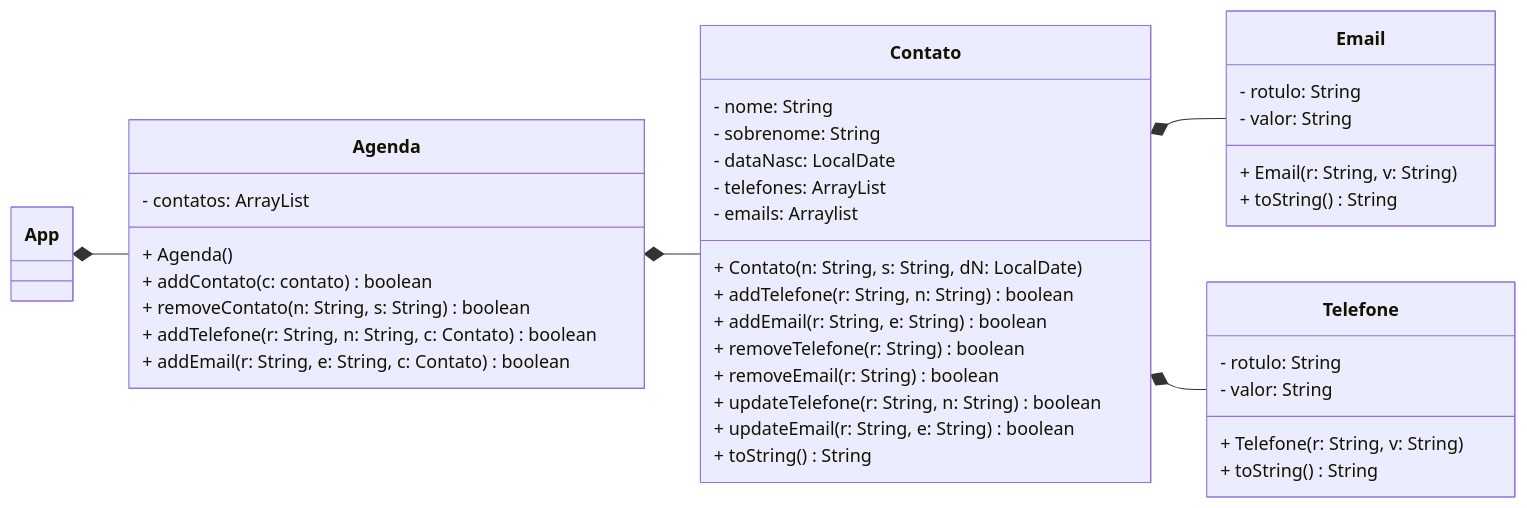
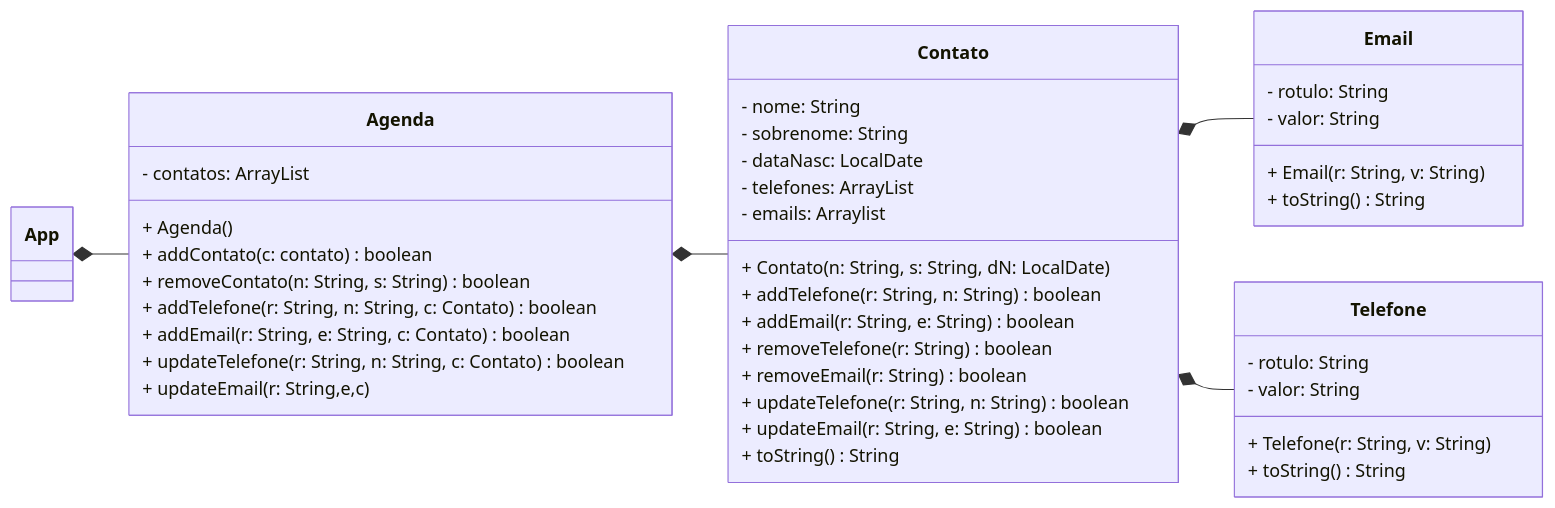
Before and after one commit to williansantfer/POO: the diagram in aula-15/Readme.md, drawn with Mermaid. The commit also changed 7 other files, not shown here.

````diff
--- a/aula-15/Readme.md
+++ b/aula-15/Readme.md
@@ -3,64 +3,66 @@
 ```mermaid
 
 classDiagram
     
     direction LR
 
 class App {
     
 }
 
 class Agenda {
     - contatos: ArrayList<Contato>
     
     + Agenda()
     + addContato(c: contato) boolean
     + removeContato(n: String, s: String) boolean
     + addTelefone(r: String, n: String, c: Contato) boolean
     + addEmail(r: String, e: String, c: Contato) boolean
+    + updateTelefone(r: String, n: String, c: Contato) boolean
+    + updateEmail(r: String,e,c)
     
 }
 
 class Contato {
     - nome: String
     - sobrenome: String
     - dataNasc: LocalDate
     - telefones: ArrayList<Telefone>
     - emails: Arraylist<Email>
     
     + Contato(n: String, s: String, dN: LocalDate)
     + addTelefone(r: String, n: String) boolean
     + addEmail(r: String, e: String) boolean
     + removeTelefone(r: String) boolean
     + removeEmail(r: String) boolean
     + updateTelefone(r: String, n: String) boolean
     + updateEmail(r: String, e: String) boolean
     + toString() String
     
 }
 
 class Email {
     - rotulo: String
     -  valor: String
     
     + Email(r: String, v: String)
     + toString() String
     
     
 }
 
 class Telefone {
     - rotulo: String
     - valor: String
     
     + Telefone(r: String, v: String)
     + toString() String
     
 }
 
 App *-- Agenda
 Agenda *-- Contato
 Contato *-- Email
 Contato *-- Telefone
 
 ```
````
